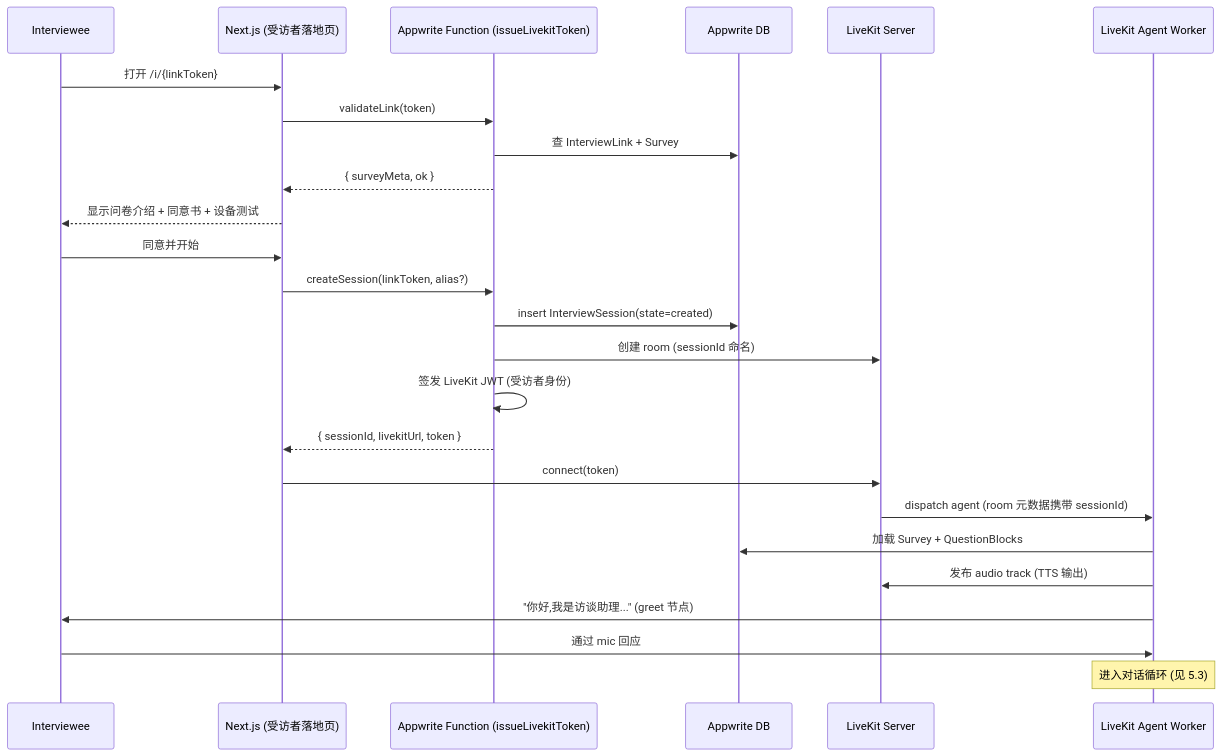
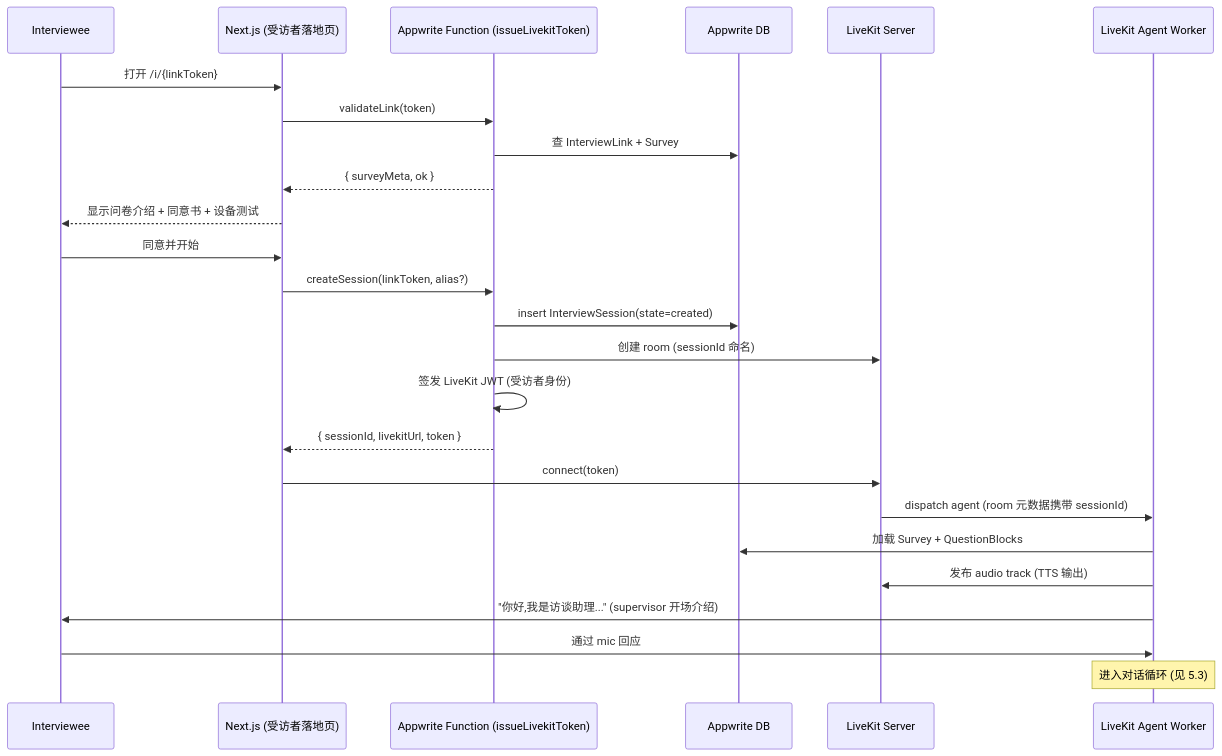
The fourth of 6 diagrams in .kiro/specs/foundation-setup/design.md (zhangsiyu0202-coder/Morris), drawn with Mermaid before and after one commit. The commit also changed other lines of this file and 83 other files, not shown here.

````diff
--- a/.kiro/specs/foundation-setup/design.md
+++ b/.kiro/specs/foundation-setup/design.md
@@ -319,28 +321,28 @@
 ```mermaid
 sequenceDiagram
     participant U as Interviewee
     participant Web as Next.js (受访者落地页)
     participant Fn as Appwrite Function (issueLivekitToken)
     participant DB as Appwrite DB
     participant LK as LiveKit Server
     participant Agent as LiveKit Agent Worker
 
     U->>Web: 打开 /i/{linkToken}
     Web->>Fn: validateLink(token)
     Fn->>DB: 查 InterviewLink + Survey
     Fn-->>Web: { surveyMeta, ok }
     Web-->>U: 显示问卷介绍 + 同意书 + 设备测试
     U->>Web: 同意并开始
     Web->>Fn: createSession(linkToken, alias?)
     Fn->>DB: insert InterviewSession(state=created)
     Fn->>LK: 创建 room (sessionId 命名)
     Fn->>Fn: 签发 LiveKit JWT (受访者身份)
     Fn-->>Web: { sessionId, livekitUrl, token }
     Web->>LK: connect(token)
     LK->>Agent: dispatch agent (room 元数据携带 sessionId)
     Agent->>DB: 加载 Survey + QuestionBlocks
     Agent->>LK: 发布 audio track (TTS 输出)
-    Agent->>U: "你好,我是访谈助理..." (greet 节点)
+    Agent->>U: "你好,我是访谈助理..." (supervisor 开场介绍)
     U->>Agent: 通过 mic 回应
     Note over Agent: 进入对话循环 (见 5.3)
 ```
````
